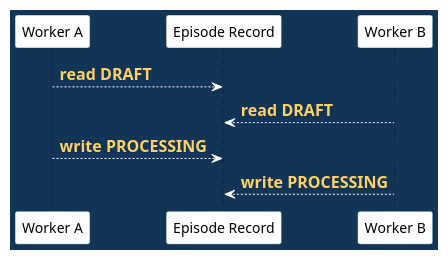
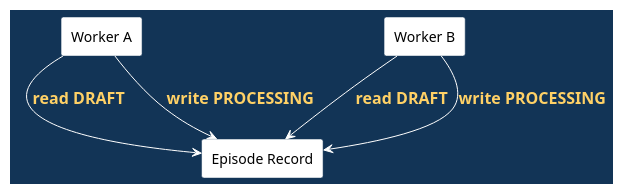
Before and after one commit to madajaju/CS5254: the sixth of 12 diagrams in doc/lectures/week4/ai_design_flaws/README.slides.adoc, drawn with PlantUML. The commit also changed other lines of this file and 74 other files, not shown here.

```diff
--- a/doc/lectures/week4/ai_design_flaws/README.slides.adoc
+++ b/doc/lectures/week4/ai_design_flaws/README.slides.adoc
@@ -205,31 +205,31 @@
 [plantuml,width=100%]
 ----
 @startuml
 skinparam BackgroundColor #123456
 skinparam DefaultFontColor black
 skinparam ArrowColor white
 skinparam ArrowFontColor #ffd166
 skinparam ArrowFontStyle bold
 skinparam ArrowFontSize 16
 skinparam LifeLineBorderColor white
 skinparam LifeLineBackgroundColor white
 skinparam ParticipantBorderColor #123456
 skinparam ParticipantBackgroundColor white
 skinparam ParticipantFontColor black
 skinparam shadowing false
 skinparam rectangle {
   BackgroundColor white
   FontColor black
   BorderColor #123456
 }
 
-participant "Worker A" as A
-participant "Episode Record" as R
-participant "Worker B" as B
+rectangle "Worker A" as A
+rectangle "Episode Record" as R
+rectangle "Worker B" as B
 
 A --> R : read DRAFT
 B --> R : read DRAFT
 A --> R : write PROCESSING
 B --> R : write PROCESSING
 @enduml
 ----
```
